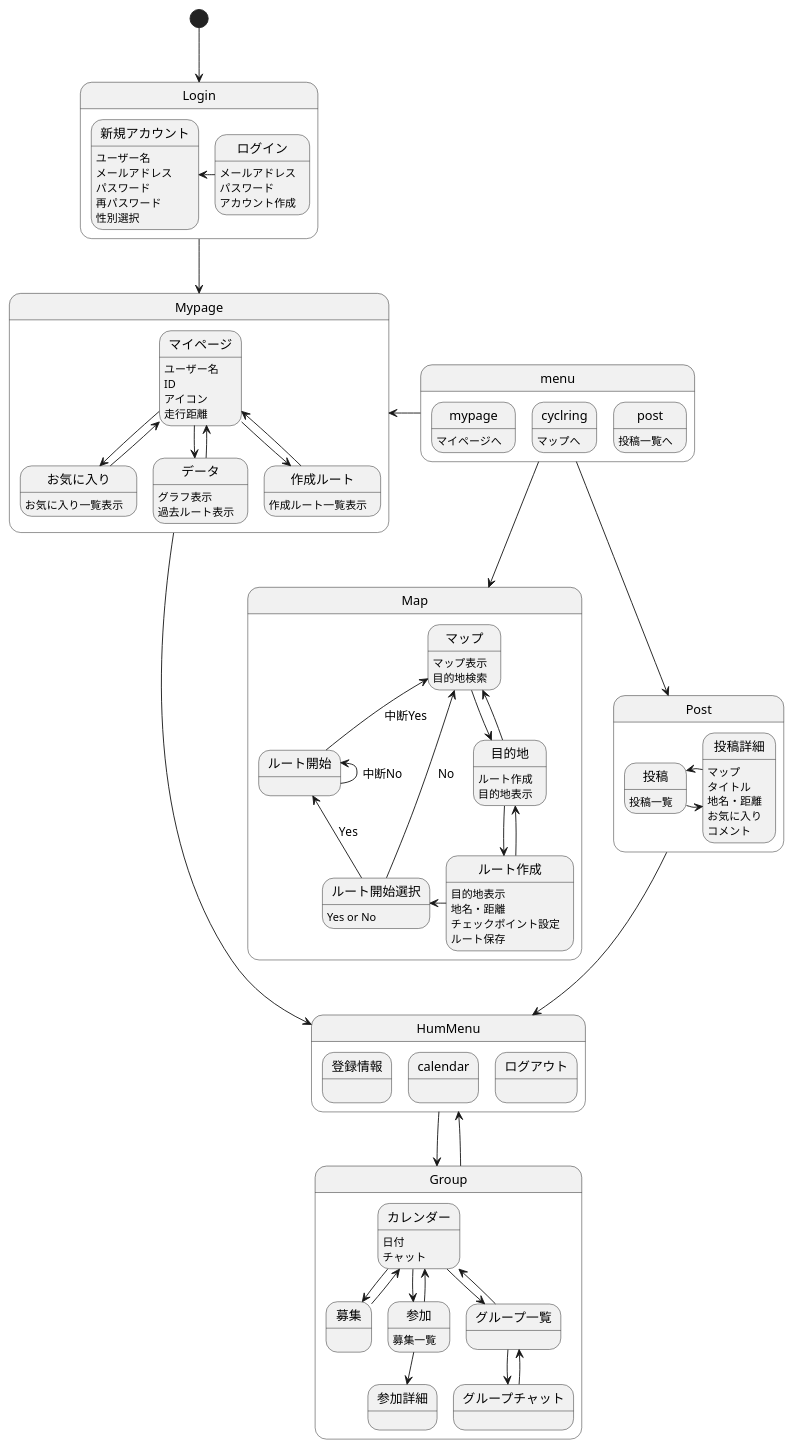
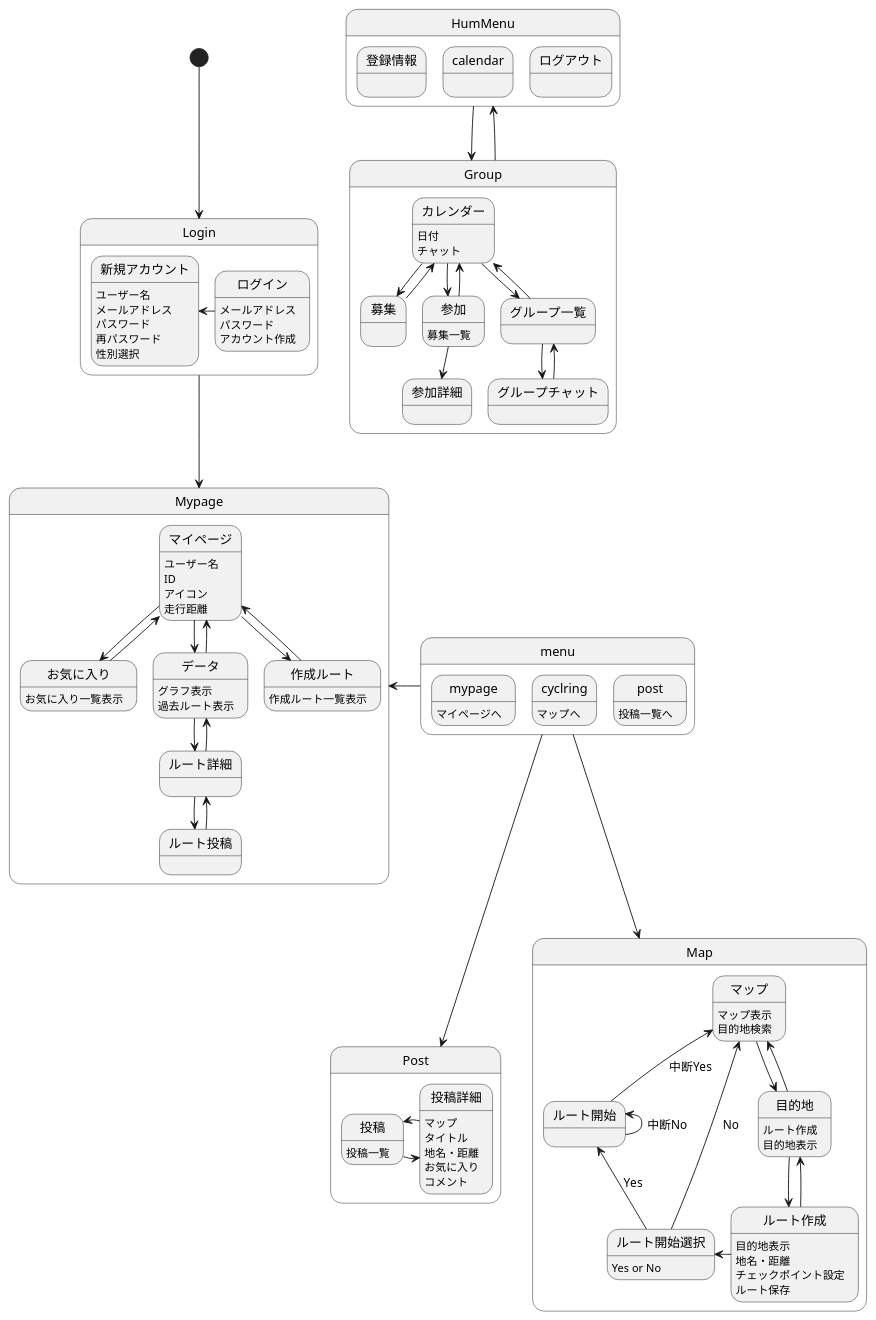
One commit to AsoSD3A3/CyclingSystem changed the diagram in 画面遷移図/gm.md. Above: the diagram before and after it, drawn with PlantUML.

```diff
--- a/画面遷移図/gm.md
+++ b/画面遷移図/gm.md
@@ -15,8 +15,6 @@
 
 HumMenu-down->Group
 Group-->HumMenu
-Post-down->HumMenu
-Mypage-down->HumMenu
 
 state Group{
 カレンダー:日付
@@ -64,6 +62,11 @@
 お気に入り-->マイページ
 マイページ-down->データ
 データ-->マイページ
+データ-down->ルート詳細
+ルート詳細-->データ
+ルート詳細-down->ルート投稿
+ルート投稿-->ルート詳細
+
 マイページ-down->作成ルート
 作成ルート-->マイページ
 
```
